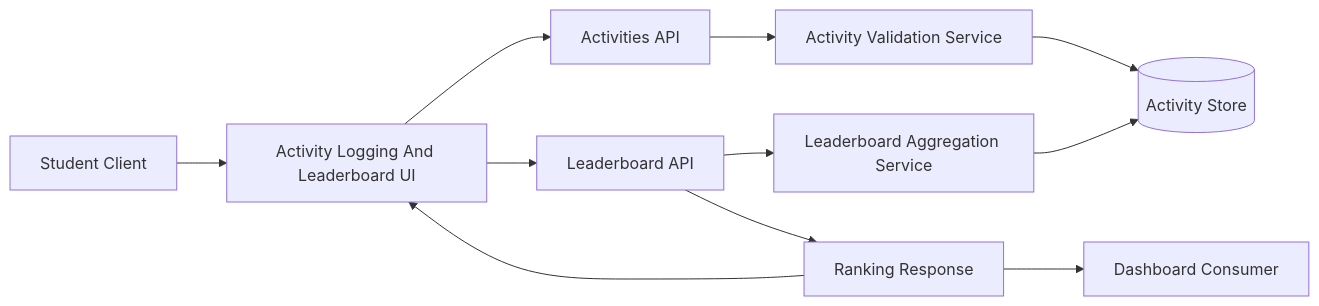
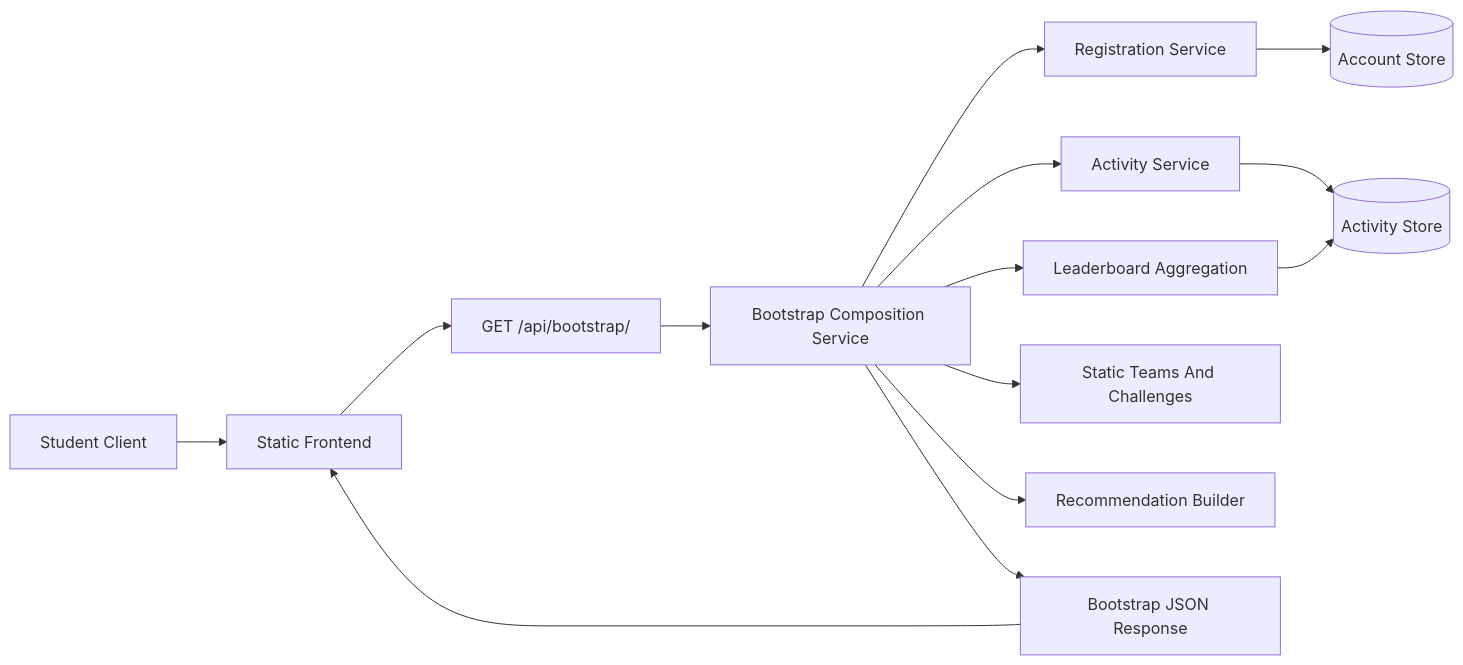
One commit to chavanlaxman/OCTOFIT changed the diagram in artifacts/architecture.md. Above: the diagram before and after it, drawn with Mermaid. The commit also changed other lines of this file and 29 other files, not shown here.

````diff
--- a/artifacts/architecture.md
+++ b/artifacts/architecture.md
@@ -26,13 +27,16 @@
 ```mermaid
 flowchart LR
-    A[Student Client] --> B[Activity Logging And Leaderboard UI]
-    B --> C[Activities API]
-    B --> D[Leaderboard API]
-    C --> E[Activity Validation Service]
-    E --> F[(Activity Store)]
-    D --> G[Leaderboard Aggregation Service]
-    G --> F
-    D --> H[Ranking Response]
-    H --> B
-    H --> I[Dashboard Consumer]
+    A[Student Client] --> B[Static Frontend]
+    B --> C[GET /api/bootstrap/]
+    C --> D[Bootstrap Composition Service]
+    D --> E[Registration Service]
+    D --> F[Activity Service]
+    D --> G[Leaderboard Aggregation]
+    D --> H[Static Teams And Challenges]
+    D --> I[Recommendation Builder]
+    E --> J[(Account Store)]
+    F --> K[(Activity Store)]
+    G --> K
+    D --> L[Bootstrap JSON Response]
+    L --> B
 ```
````
